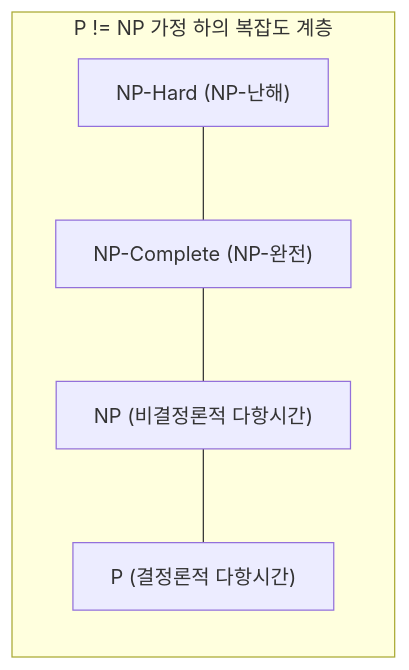
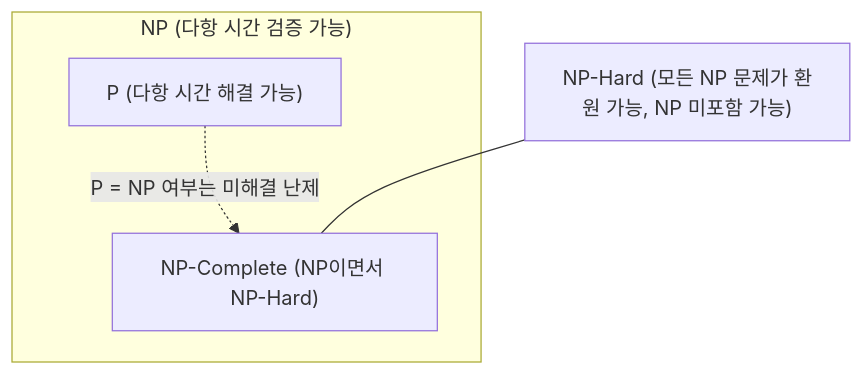
The diagram in ComputerScience/06_algorithms-graphics/algorithm-design-analysis/notes/10. NP-완전성과 근사 알고리즘.md (umyunsang/edu), drawn with Mermaid before and after one commit. The commit also changed other lines of this file and 32 other files, not shown here.

````diff
--- a/ComputerScience/06_algorithms-graphics/algorithm-design-analysis/notes/10. NP-완전성과 근사 알고리즘.md
+++ b/ComputerScience/06_algorithms-graphics/algorithm-design-analysis/notes/10. NP-완전성과 근사 알고리즘.md
@@ -33,14 +35,10 @@
 ```mermaid
 flowchart TD
-    subgraph P_NEQ_NP["P != NP 가정 하의 복잡도 계층"]
-        direction TB
-        NPH["NP-Hard (NP-난해)"]
-        NPC["NP-Complete (NP-완전)"]
-        NP["NP (비결정론적 다항시간)"]
-        P["P (결정론적 다항시간)"]
-        
-        NPH --- NPC
-        NPC --- NP
-        NP --- P
+    NP_HARD["NP-Hard (모든 NP 문제가 환원 가능, NP 미포함 가능)"]
+    subgraph NP_SPACE["NP (다항 시간 검증 가능)"]
+        NPC["NP-Complete (NP이면서 NP-Hard)"]
+        P["P (다항 시간 해결 가능)"]
+        P -. "P = NP 여부는 미해결 난제" .-> NPC
     end
+    NP_HARD --- NPC
 ```
````
